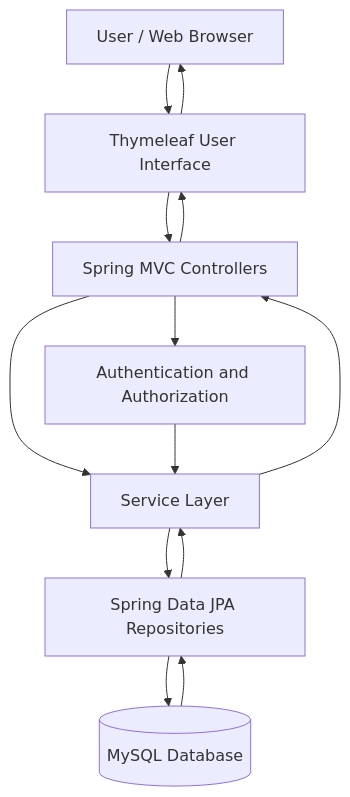
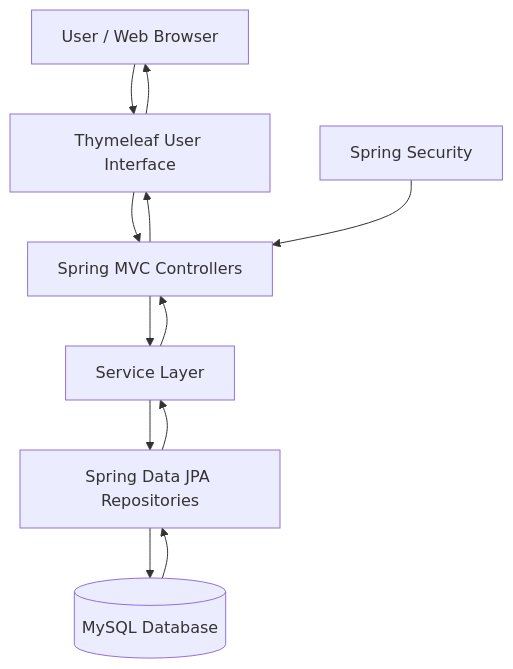
Before and after one commit to Afroj881/campus-mate: the first of 2 diagrams in README.md, drawn with Mermaid. The commit also changed other lines of this file, not shown here.

````diff
--- a/README.md
+++ b/README.md
@@ -264,17 +284,16 @@
 ```mermaid
 flowchart TD
     A[User / Web Browser] --> B[Thymeleaf User Interface]
     B --> C[Spring MVC Controllers]
     C --> D[Service Layer]
     D --> E[Spring Data JPA Repositories]
     E --> F[(MySQL Database)]
 
-    C --> G[Authentication and Authorization]
-    G --> D
+    G[Spring Security] --> C
 
     F --> E
     E --> D
     D --> C
     C --> B
     B --> A
 ```
````
